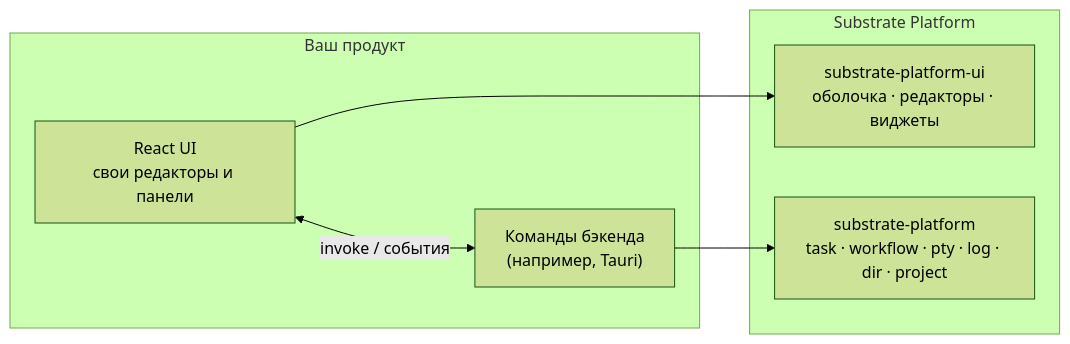
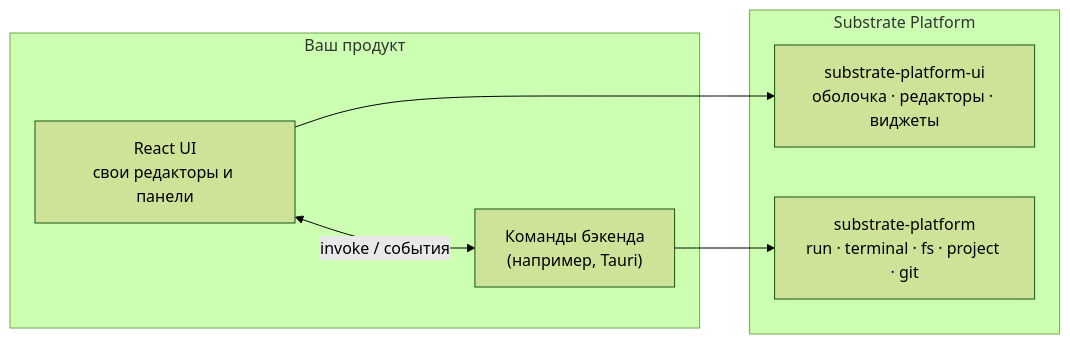
Before and after one commit to F000NKKK/Substrate-Platform: the diagram in README.ru.md, drawn with Mermaid (forest theme). The commit also changed other lines of this file and 59 other files, not shown here.

````diff
--- a/README.ru.md
+++ b/README.ru.md
@@ -46,14 +46,14 @@
 ```mermaid
 flowchart LR
     subgraph product["Ваш продукт"]
         ui["React UI<br/>свои редакторы и панели"]
         be["Команды бэкенда<br/>(например, Tauri)"]
     end
     subgraph sp["Substrate Platform"]
         spui["substrate-platform-ui<br/>оболочка · редакторы · виджеты"]
-        sprs["substrate-platform<br/>task · workflow · pty · log · dir · project"]
+        sprs["substrate-platform<br/>run · terminal · fs · project · git"]
     end
     ui --> spui
     be --> sprs
     ui <-- "invoke / события" --> be
 ```
````
